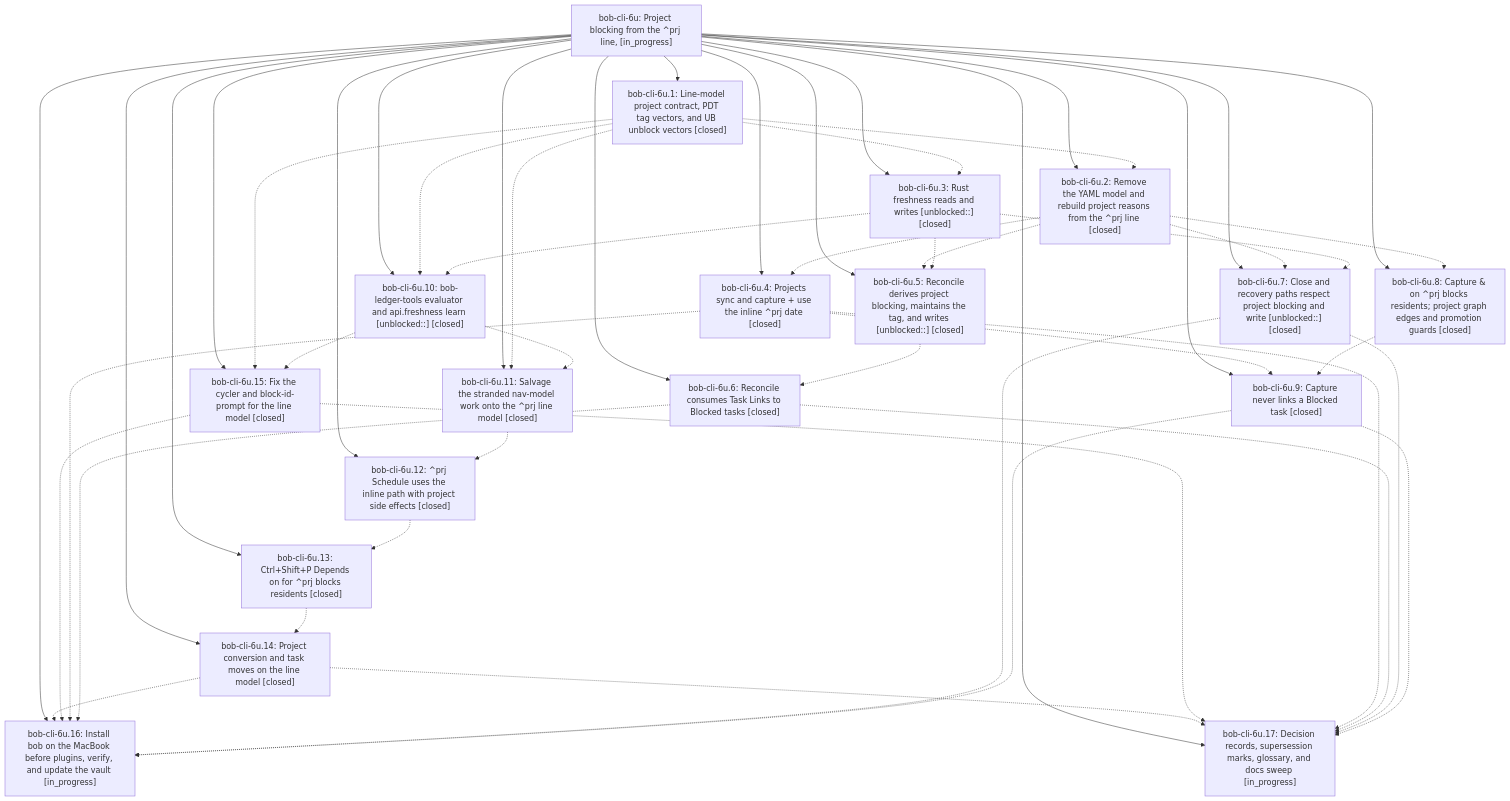
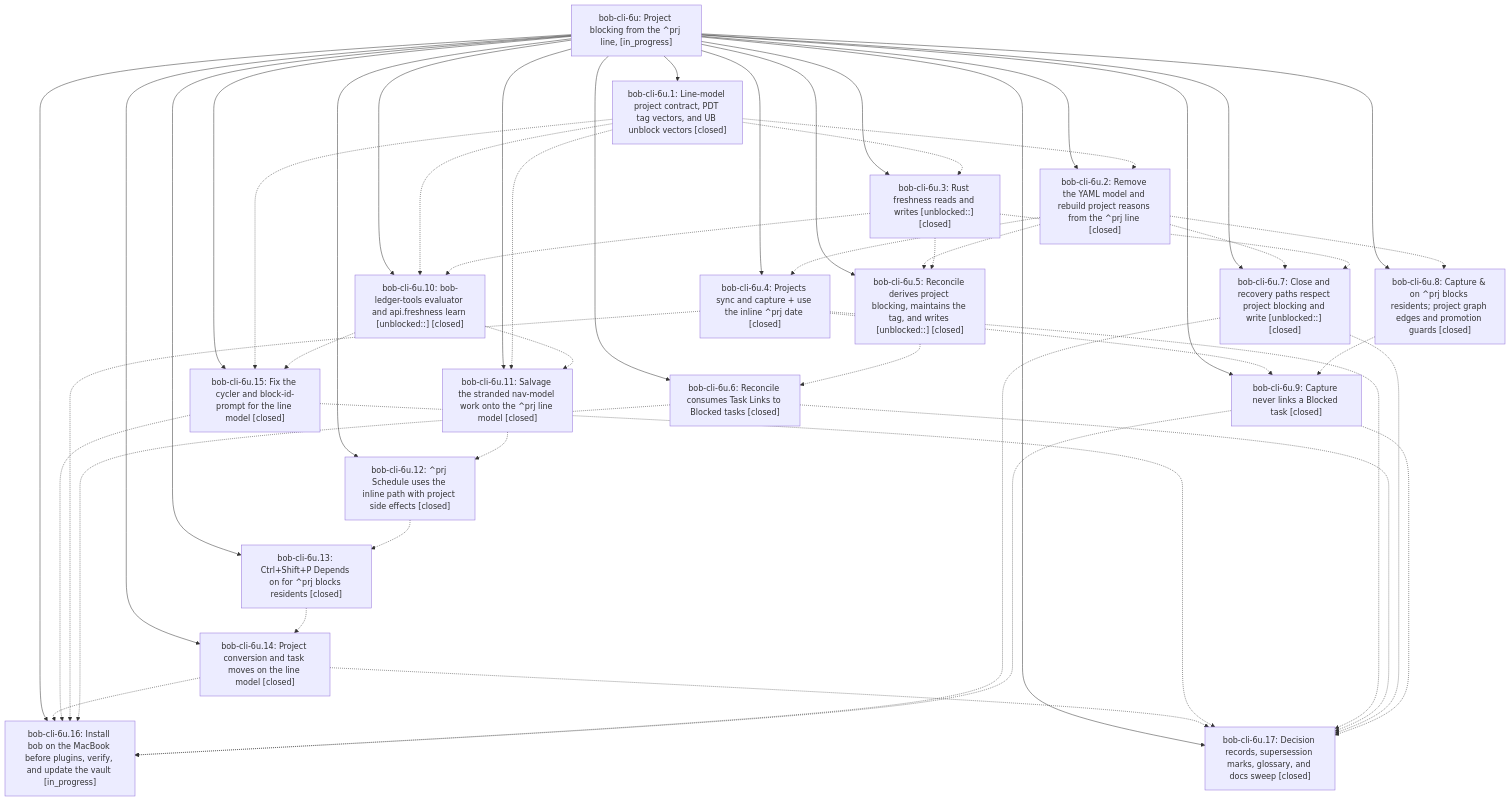
Before and after one commit to bobs-org/bob-cli--beads: the diagram in pages/bob-cli-6u/README.md, drawn with Mermaid. The commit also changed other lines of this file and 12 other files, not shown here.

First line of the commit message:
chore(beads): sync bead state and pages for bob-cli-6u

````diff
--- a/pages/bob-cli-6u/README.md
+++ b/pages/bob-cli-6u/README.md
@@ -61,70 +61,70 @@
 ```mermaid
 flowchart TD
     n0["bob-cli-6u: Project blocking from the ^prj line, [in_progress]"]
     n1["bob-cli-6u.1: Line-model project contract, PDT tag vectors, and UB unblock vectors [closed]"]
     n2["bob-cli-6u.10: bob-ledger-tools evaluator and api.freshness learn [unblocked::] [closed]"]
     n3["bob-cli-6u.11: Salvage the stranded nav-model work onto the ^prj line model [closed]"]
     n4["bob-cli-6u.12: ^prj Schedule uses the inline path with project side effects [closed]"]
     n5["bob-cli-6u.13: Ctrl+Shift+P Depends on for ^prj blocks residents [closed]"]
     n6["bob-cli-6u.14: Project conversion and task moves on the line model [closed]"]
     n7["bob-cli-6u.15: Fix the cycler and block-id-prompt for the line model [closed]"]
     n8["bob-cli-6u.16: Install bob on the MacBook before plugins, verify, and update the vault [in_progress]"]
-    n9["bob-cli-6u.17: Decision records, supersession marks, glossary, and docs sweep [in_progress]"]
+    n9["bob-cli-6u.17: Decision records, supersession marks, glossary, and docs sweep [closed]"]
     n10["bob-cli-6u.2: Remove the YAML model and rebuild project reasons from the ^prj line [closed]"]
     n11["bob-cli-6u.3: Rust freshness reads and writes [unblocked::] [closed]"]
     n12["bob-cli-6u.4: Projects sync and capture + use the inline ^prj date [closed]"]
     n13["bob-cli-6u.5: Reconcile derives project blocking, maintains the tag, and writes [unblocked::] [closed]"]
     n14["bob-cli-6u.6: Reconcile consumes Task Links to Blocked tasks [closed]"]
     n15["bob-cli-6u.7: Close and recovery paths respect project blocking and write [unblocked::] [closed]"]
     n16["bob-cli-6u.8: Capture & on ^prj blocks residents; project graph edges and promotion guards [closed]"]
     n17["bob-cli-6u.9: Capture never links a Blocked task [closed]"]
     n0 --> n1
     n0 --> n2
     n0 --> n3
     n0 --> n4
     n0 --> n5
     n0 --> n6
     n0 --> n7
     n0 --> n8
     n0 --> n9
     n0 --> n10
     n0 --> n11
     n0 --> n12
     n0 --> n13
     n0 --> n14
     n0 --> n15
     n0 --> n16
     n0 --> n17
     n1 -.-> n2
     n1 -.-> n3
     n1 -.-> n7
     n1 -.-> n10
     n1 -.-> n11
     n2 -.-> n3
     n2 -.-> n7
     n3 -.-> n4
     n4 -.-> n5
     n5 -.-> n6
     n6 -.-> n8
     n6 -.-> n9
     n7 -.-> n8
     n7 -.-> n9
     n10 -.-> n12
     n10 -.-> n13
     n10 -.-> n15
     n10 -.-> n16
     n11 -.-> n2
     n11 -.-> n13
     n11 -.-> n15
     n12 -.-> n8
     n12 -.-> n9
     n12 -.-> n17
     n13 -.-> n14
     n14 -.-> n8
     n14 -.-> n9
     n15 -.-> n8
     n15 -.-> n9
     n16 -.-> n17
     n17 -.-> n8
     n17 -.-> n9
 ```
````
